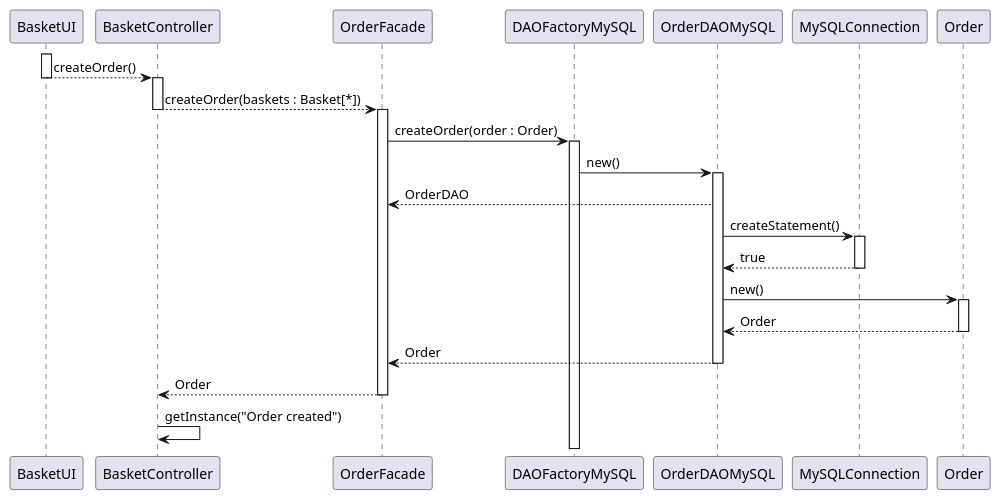
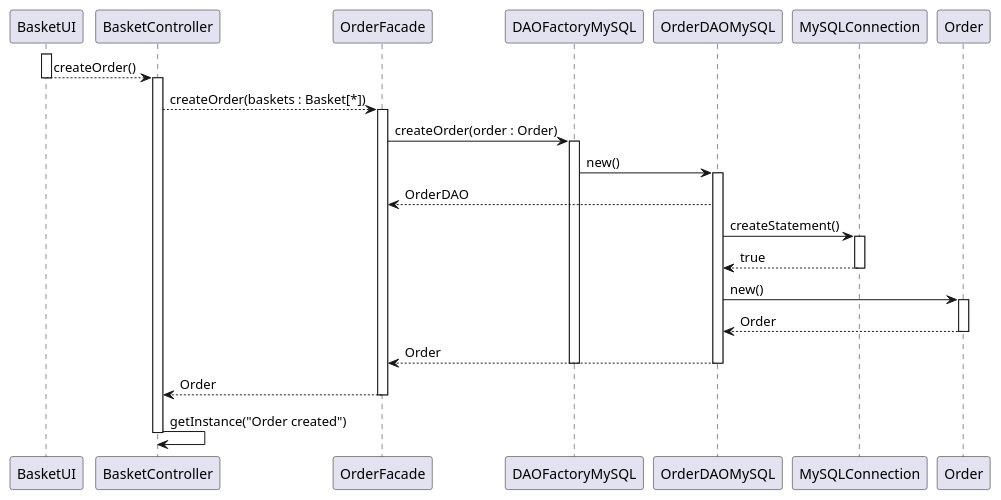
The diagram in Diagramms/CreateOrderSequenceDiagramm.puml (aymericCOUPRIE/Mercat), drawn with PlantUML before and after one commit. The commit also changed 1 other file, not shown here.

Commit message:
update Diagramm

```diff
--- a/Diagramms/CreateOrderSequenceDiagramm.puml
+++ b/Diagramms/CreateOrderSequenceDiagramm.puml
@@ -1,41 +1,44 @@
 @startuml
 
 activate BasketUI
 BasketUI --> BasketController : createOrder()
 deactivate BasketUI
 
 activate BasketController
 BasketController --> OrderFacade : createOrder(baskets : Basket[*])
-deactivate BasketController
 
 activate OrderFacade
 OrderFacade -> DAOFactoryMySQL : createOrder(order : Order)
 
 activate DAOFactoryMySQL
 DAOFactoryMySQL -> OrderDAOMySQL : new()
 
 
 activate OrderDAOMySQL
 OrderFacade <-- OrderDAOMySQL : OrderDAO
 
 OrderDAOMySQL -> MySQLConnection : createStatement()
 
 activate MySQLConnection
 OrderDAOMySQL <-- MySQLConnection : true
 deactivate MySQLConnection
 
 
+
 OrderDAOMySQL -> Order : new()
 activate Order
 OrderDAOMySQL <-- Order : Order
 deactivate Order
 
 
 OrderFacade <-- OrderDAOMySQL : Order
+deactivate DAOFactoryMySQL
 deactivate OrderDAOMySQL
 BasketController <-- OrderFacade : Order
 deactivate OrderFacade
 
 BasketController -> BasketController : getInstance("Order created")
 
+deactivate BasketController
+
 @enduml
```
